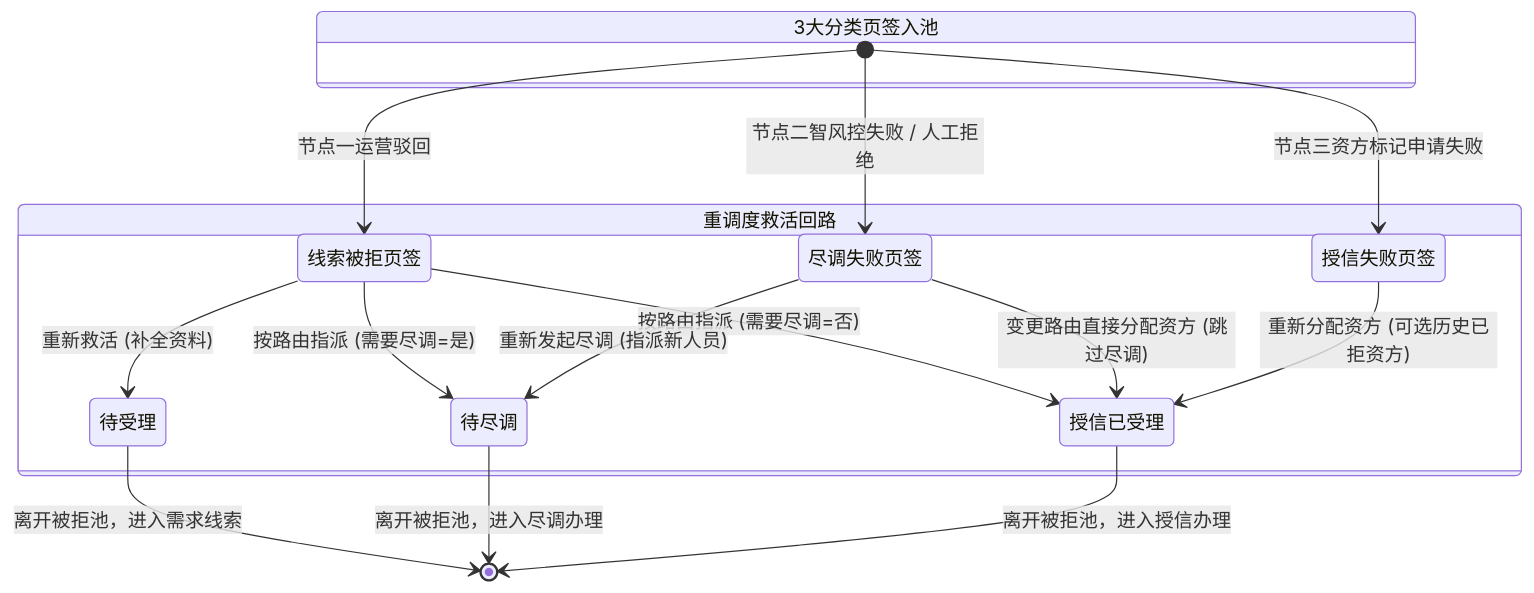
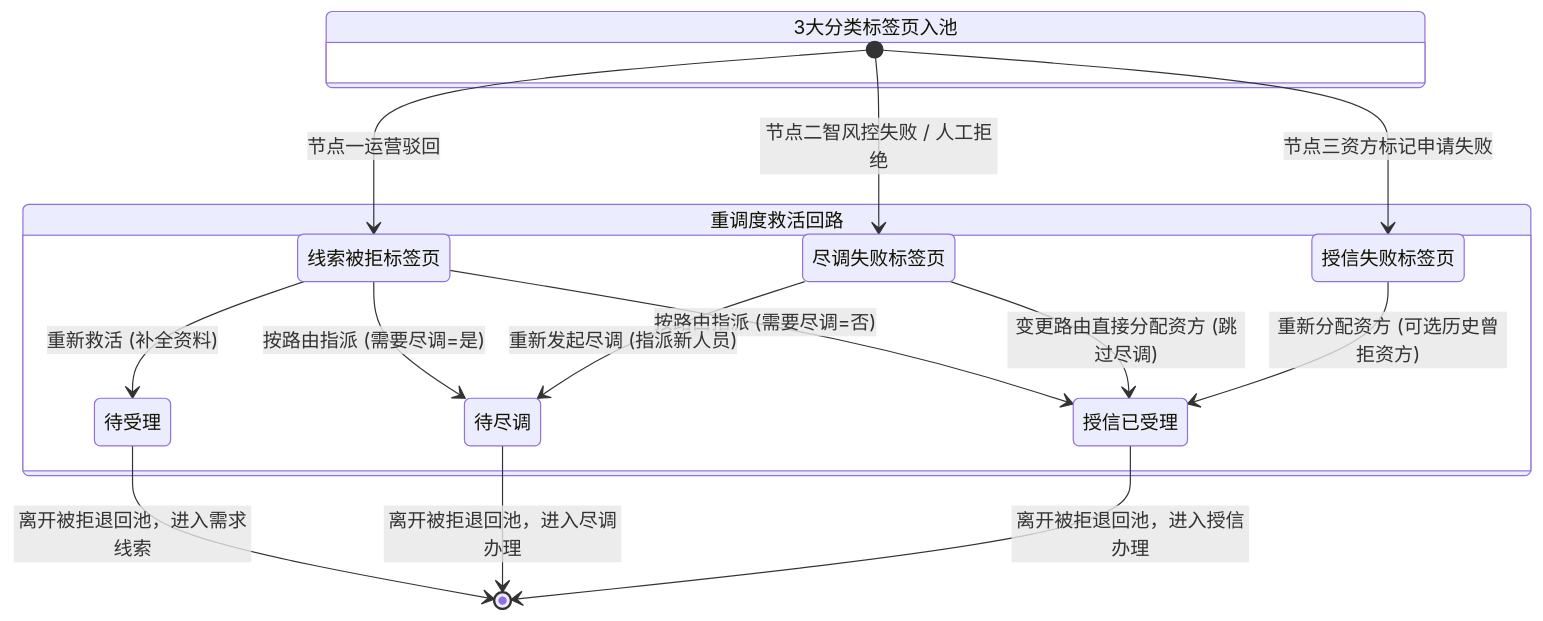
The first of 2 diagrams in 02-PRD文档/🌟🌟🌟-最新基准版/B端PC/03-融资监管/05-融资管理-被拒退回池/被拒退回池业务规则规格.md (RobertHuang999/SYZC), drawn with Mermaid before and after one commit. The commit also changed other lines of this file and 264 other files, not shown here.

````diff
--- a/02-PRD文档/🌟🌟🌟-最新基准版/B端PC/03-融资监管/05-融资管理-被拒退回池/被拒退回池业务规则规格.md
+++ b/02-PRD文档/🌟🌟🌟-最新基准版/B端PC/03-融资监管/05-融资管理-被拒退回池/被拒退回池业务规则规格.md
@@ -49,23 +49,23 @@
 ```mermaid
 stateDiagram-v2
-    state 3大分类页签入池 {
-        [*] --> 线索被拒页签 : 节点一运营驳回
-        [*] --> 尽调失败页签 : 节点二智风控失败 / 人工拒绝
-        [*] --> 授信失败页签 : 节点三资方标记申请失败
+    state 3大分类标签页入池 {
+        [*] --> 线索被拒标签页 : 节点一运营驳回
+        [*] --> 尽调失败标签页 : 节点二智风控失败 / 人工拒绝
+        [*] --> 授信失败标签页 : 节点三资方标记申请失败
     }
 
     state 重调度救活回路 {
-        线索被拒页签 --> 待受理 : 重新救活 (补全资料)
-        线索被拒页签 --> 待尽调 : 按路由指派 (需要尽调=是)
-        线索被拒页签 --> 授信已受理 : 按路由指派 (需要尽调=否)
+        线索被拒标签页 --> 待受理 : 重新救活 (补全资料)
+        线索被拒标签页 --> 待尽调 : 按路由指派 (需要尽调=是)
+        线索被拒标签页 --> 授信已受理 : 按路由指派 (需要尽调=否)
         
-        尽调失败页签 --> 待尽调 : 重新发起尽调 (指派新人员)
-        尽调失败页签 --> 授信已受理 : 变更路由直接分配资方 (跳过尽调)
+        尽调失败标签页 --> 待尽调 : 重新发起尽调 (指派新人员)
+        尽调失败标签页 --> 授信已受理 : 变更路由直接分配资方 (跳过尽调)
         
-        授信失败页签 --> 授信已受理 : 重新分配资方 (可选历史已拒资方)
+        授信失败标签页 --> 授信已受理 : 重新分配资方 (可选历史曾拒资方)
     }
 
-    待受理 --> [*] : 离开被拒池，进入需求线索
-    待尽调 --> [*] : 离开被拒池，进入尽调办理
-    授信已受理 --> [*] : 离开被拒池，进入授信办理
+    待受理 --> [*] : 离开被拒退回池，进入需求线索
+    待尽调 --> [*] : 离开被拒退回池，进入尽调办理
+    授信已受理 --> [*] : 离开被拒退回池，进入授信办理
 ```
````
